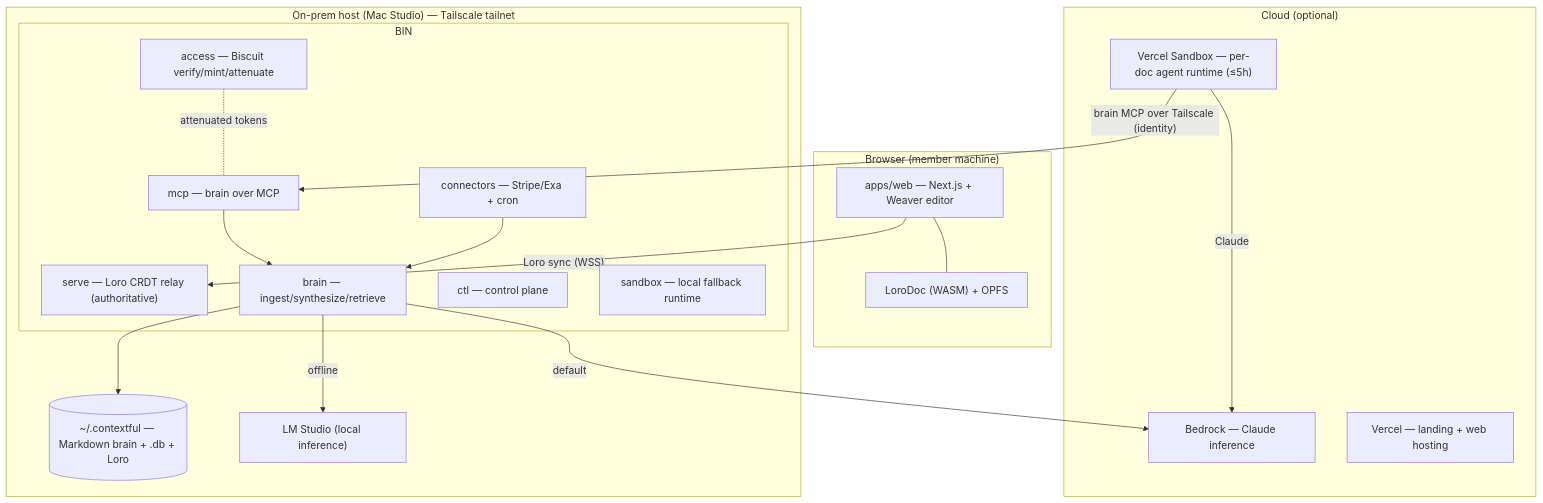
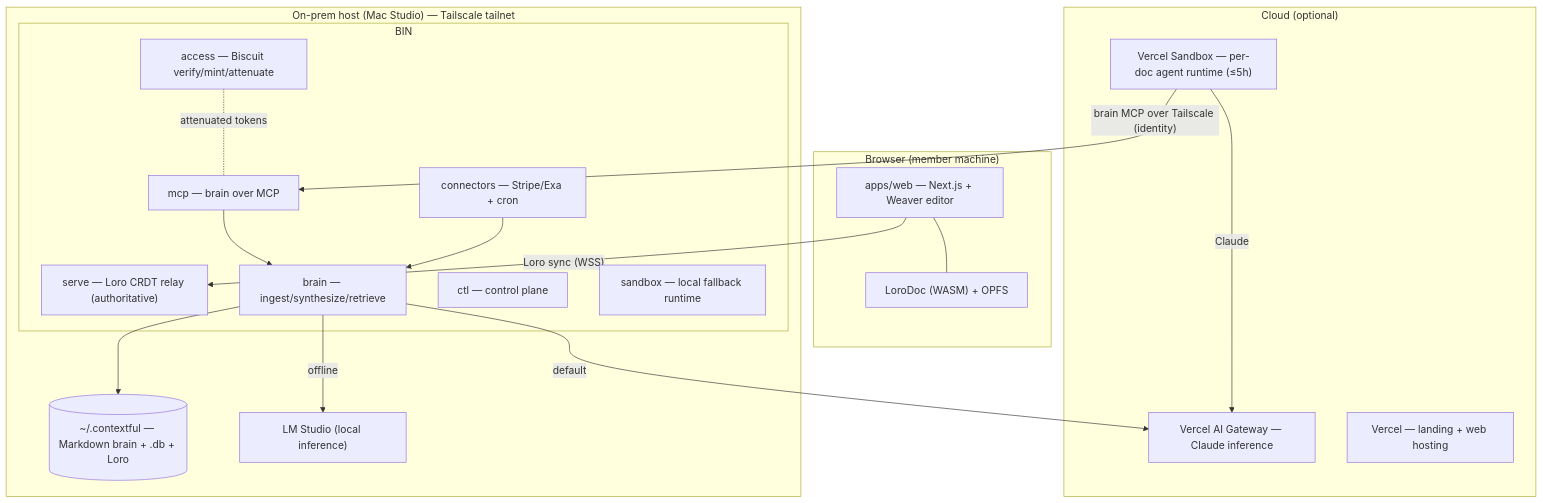
The first of 2 diagrams in specs/00-overview.md (fractalboxdev/superai2026), drawn with Mermaid before and after one commit. The commit also changed other lines of this file and 5 other files, not shown here.

First line of the commit message:
Specs: default inference to Vercel AI Gateway; spell out sandbox ownership

````diff
--- a/specs/00-overview.md
+++ b/specs/00-overview.md
@@ -92,35 +93,35 @@
 ```mermaid
 flowchart TD
     subgraph Browser["Browser (member machine)"]
         W["apps/web — Next.js + Weaver editor"]
         LD["LoroDoc (WASM) + OPFS"]
         W --- LD
     end
     subgraph Cloud["Cloud (optional)"]
         VS["Vercel Sandbox — per-doc agent runtime (≤5h)"]
-        BR2["Bedrock — Claude inference"]
+        BR2["Vercel AI Gateway — Claude inference"]
         VC["Vercel — landing + web hosting"]
     end
     subgraph Host["On-prem host (Mac Studio) — Tailscale tailnet"]
         BIN["crates/sync — one Rust binary"]
         subgraph BIN
             SE["serve — Loro CRDT relay (authoritative)"]
             MC["mcp — brain over MCP"]
             BRN["brain — ingest/synthesize/retrieve"]
             CAP["access — Biscuit verify/mint/attenuate"]
             CON["connectors — Stripe/Exa + cron"]
             CTL["ctl — control plane"]
             SBX["sandbox — local fallback runtime"]
         end
         STORE[("~/.contextful — Markdown brain + .db + Loro")]
         LM["LM Studio (local inference)"]
     end
     W -- "Loro sync (WSS)" --> SE
     VS -- "brain MCP over Tailscale (identity)" --> MC
     MC --> BRN --> STORE
     CAP -. "attenuated tokens" .- MC
     CON --> BRN
     BRN -- default --> BR2
     BRN -- offline --> LM
     VS -- "Claude" --> BR2
 ```
````
